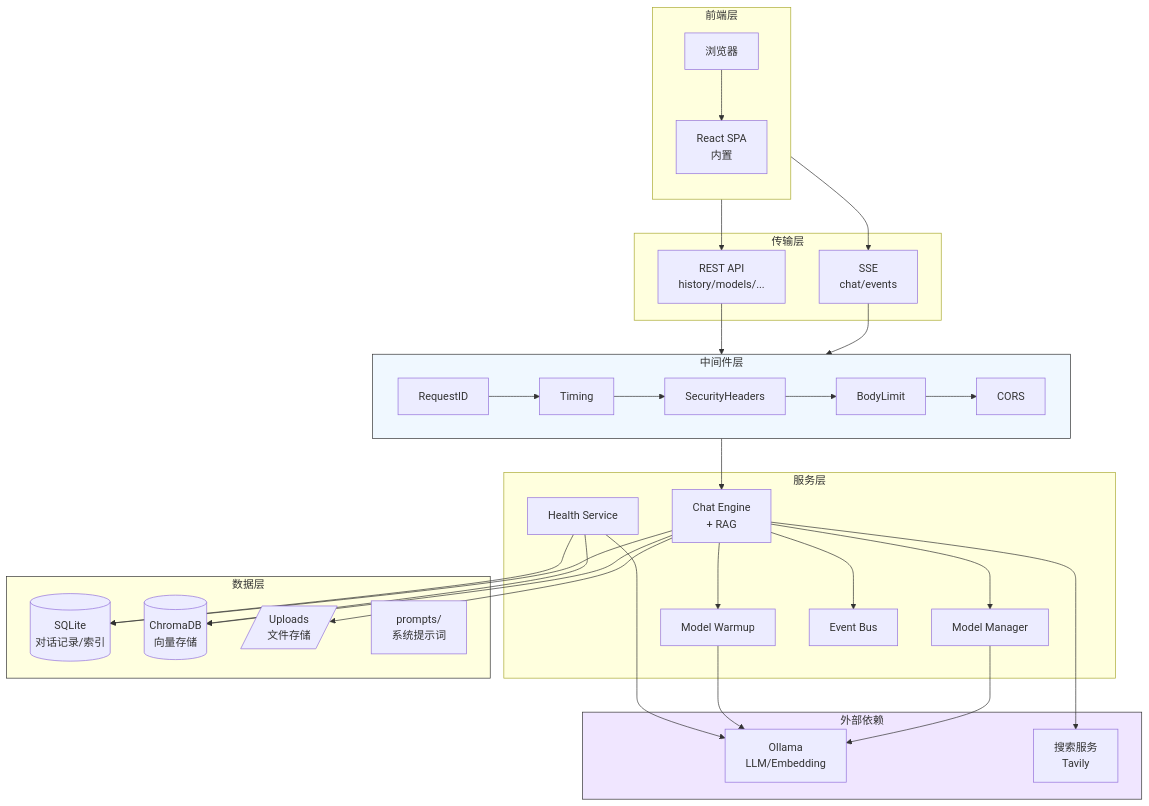
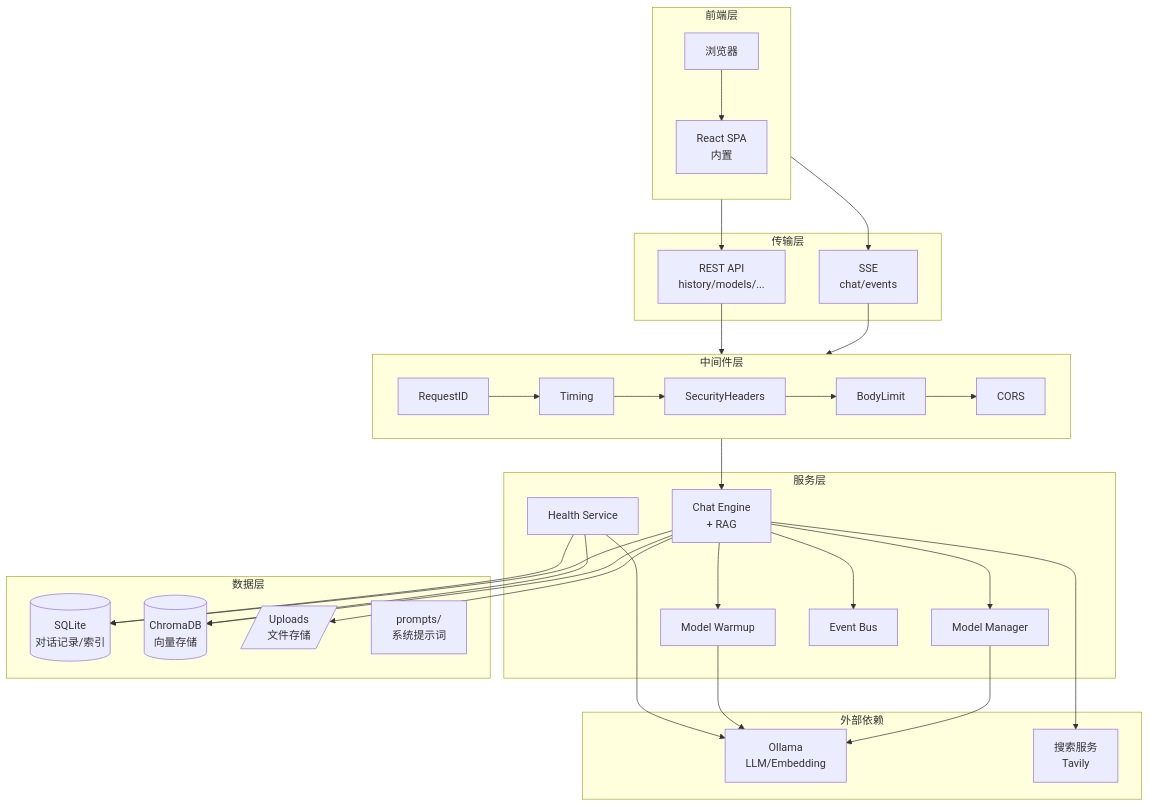
One commit to wangt610/AI-Intelligent-Assistant-1 changed the second of 2 diagrams in tutorial/14-部署运维与总结.md. Above: the diagram before and after it, drawn with Mermaid. The commit also changed 19 other files, not shown here.

````diff
--- a/tutorial/14-部署运维与总结.md
+++ b/tutorial/14-部署运维与总结.md
@@ -328,69 +328,66 @@
 ```mermaid
 flowchart TB
     subgraph 前端层
         direction TB
         BROWSER[浏览器]
         FE[React SPA<br/>内置]
         BROWSER --> FE
     end
 
     subgraph 传输层
         SSE[SSE<br/>chat/events]
         REST[REST API<br/>history/models/...]
     end
 
     subgraph 中间件层
         direction LR
         MID1[RequestID]
         MID2[Timing]
         MID3[SecurityHeaders]
         MID4[BodyLimit]
         MID5[CORS]
         MID1 --> MID2
         MID2 --> MID3
         MID3 --> MID4
         MID4 --> MID5
     end
 
     subgraph 服务层
         CHAT[Chat Engine<br/>+ RAG]
         MM[Model Manager]
         MW[Model Warmup]
         EB[Event Bus]
         HS[Health Service]
     end
 
     subgraph 数据层
         DB[(SQLite<br/>对话记录/索引)]
         VDB[(ChromaDB<br/>向量存储)]
         FS[/Uploads<br/>文件存储/]
         PROMPT[prompts/<br/>系统提示词]
     end
 
     subgraph 外部依赖
         OL[Ollama<br/>LLM/Embedding]
         SEARCH[搜索服务<br/>Tavily]
     end
 
     FE --> SSE
     FE --> REST
     SSE --> MID1
     REST --> MID1
     MID5 --> CHAT
     CHAT --> MM
     CHAT --> EB
     CHAT --> DB
     CHAT --> VDB
     CHAT --> FS
     CHAT --> MW
     MM --> OL
     MW --> OL
     CHAT --> SEARCH
     HS --> DB
     HS --> OL
     HS --> VDB
 
-    style 中间件层 fill:#f0f8ff,stroke:#333
-    style 数据层 fill:#ffffe0,stroke:#333
-    style 外部依赖 fill:#f0e6ff,stroke:#333
 ```
````
